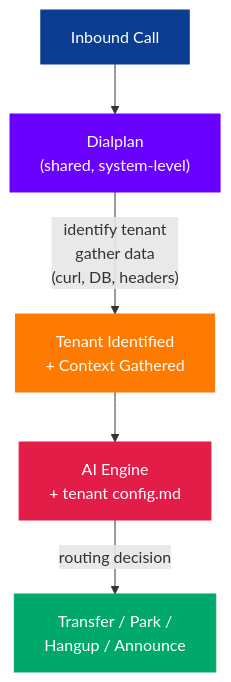
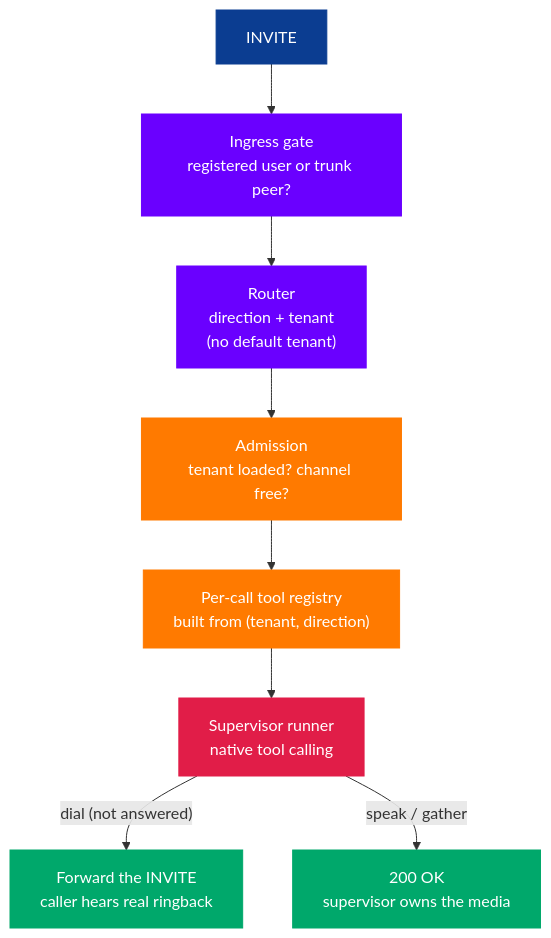
The second of 3 diagrams in README.md (sebacius/switchboard), drawn with Mermaid before and after one commit. The commit also changed other lines of this file and 94 other files, not shown here.

````diff
--- a/README.md
+++ b/README.md
@@ -140,13 +138,19 @@
 ```mermaid
 flowchart TB
-    Call["Inbound Call"] --> Dialplan["Dialplan<br/>(shared, system-level)"]
-    Dialplan -->|"identify tenant<br/>gather data<br/>(curl, DB, headers)"| Prep["Tenant Identified<br/>+ Context Gathered"]
-    Prep --> AI["AI Engine<br/>+ tenant config.md"]
-    AI -->|"routing decision"| Action["Transfer / Park /<br/>Hangup / Announce"]
+    Call["INVITE"] --> Ingress["Ingress gate<br/>registered user or trunk peer?"]
+    Ingress --> Router["Router<br/>direction + tenant<br/>(no default tenant)"]
+    Router --> Admission["Admission<br/>tenant loaded? channel free?"]
+    Admission --> Registry["Per-call tool registry<br/>built from (tenant, direction)"]
+    Registry --> Supervisor["Supervisor runner<br/>native tool calling"]
+    Supervisor -->|"dial (not answered)"| Forward["Forward the INVITE<br/>caller hears real ringback"]
+    Supervisor -->|"speak / gather"| Answer["200 OK<br/>supervisor owns the media"]
 
     style Call fill:#0b3d91,stroke:#0b3d91,color:#fff
-    style Dialplan fill:#6a00ff,stroke:#6a00ff,color:#fff
-    style Prep fill:#ff7a00,stroke:#ff7a00,color:#fff
-    style AI fill:#e11d48,stroke:#e11d48,color:#fff
-    style Action fill:#00a86b,stroke:#00a86b,color:#fff
+    style Ingress fill:#6a00ff,stroke:#6a00ff,color:#fff
+    style Router fill:#6a00ff,stroke:#6a00ff,color:#fff
+    style Admission fill:#ff7a00,stroke:#ff7a00,color:#fff
+    style Registry fill:#ff7a00,stroke:#ff7a00,color:#fff
+    style Supervisor fill:#e11d48,stroke:#e11d48,color:#fff
+    style Forward fill:#00a86b,stroke:#00a86b,color:#fff
+    style Answer fill:#00a86b,stroke:#00a86b,color:#fff
 ```
````
